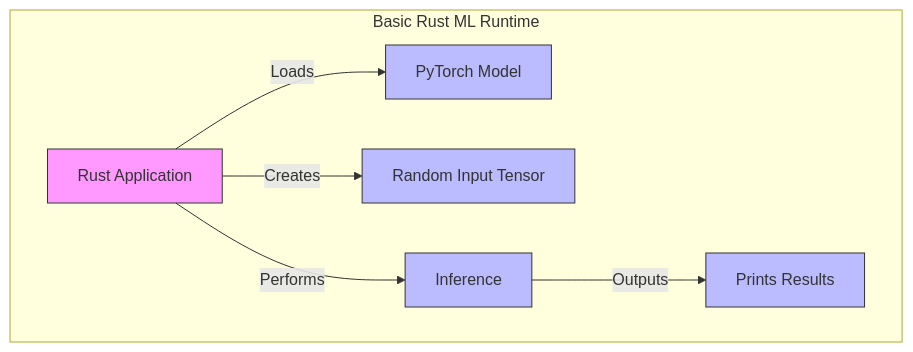
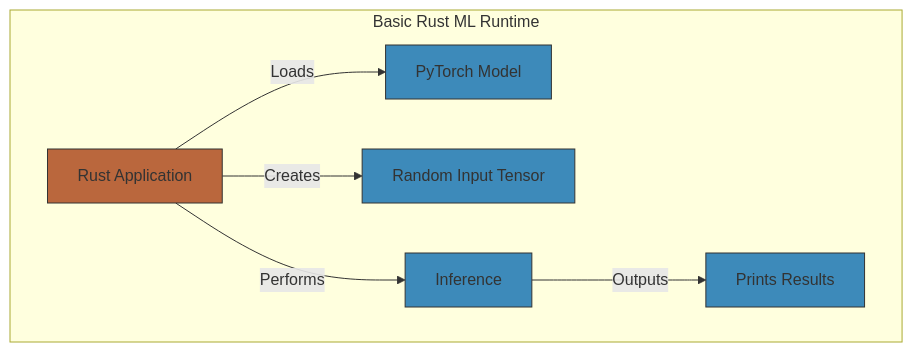
The diagram in basic/basic.md (lightspeed001/rust_ml_runtime), drawn with Mermaid before and after one commit.

Commit message:
ed: added color changes to basic

````diff
--- a/basic/basic.md
+++ b/basic/basic.md
@@ -4,15 +4,15 @@
 ```mermaid
 graph TD
     subgraph "Basic Rust ML Runtime"
         A[Rust Application] -->|Loads| B[PyTorch Model]
         A -->|Creates| C[Random Input Tensor]
         A -->|Performs| D[Inference]
         D -->|Outputs| E[Prints Results]
     end
 
-    style A fill:#f9f,stroke:#333
-    style B fill:#bbf,stroke:#333
-    style C fill:#bbf,stroke:#333
-    style D fill:#bbf,stroke:#333
-    style E fill:#bbf,stroke:#333
+    style A fill:#BA673D,stroke:#333
+    style B fill:#3D8ABA,stroke:#333
+    style C fill:#3D8ABA,stroke:#333
+    style D fill:#3D8ABA,stroke:#333
+    style E fill:#3D8ABA,stroke:#333
 ```
````
